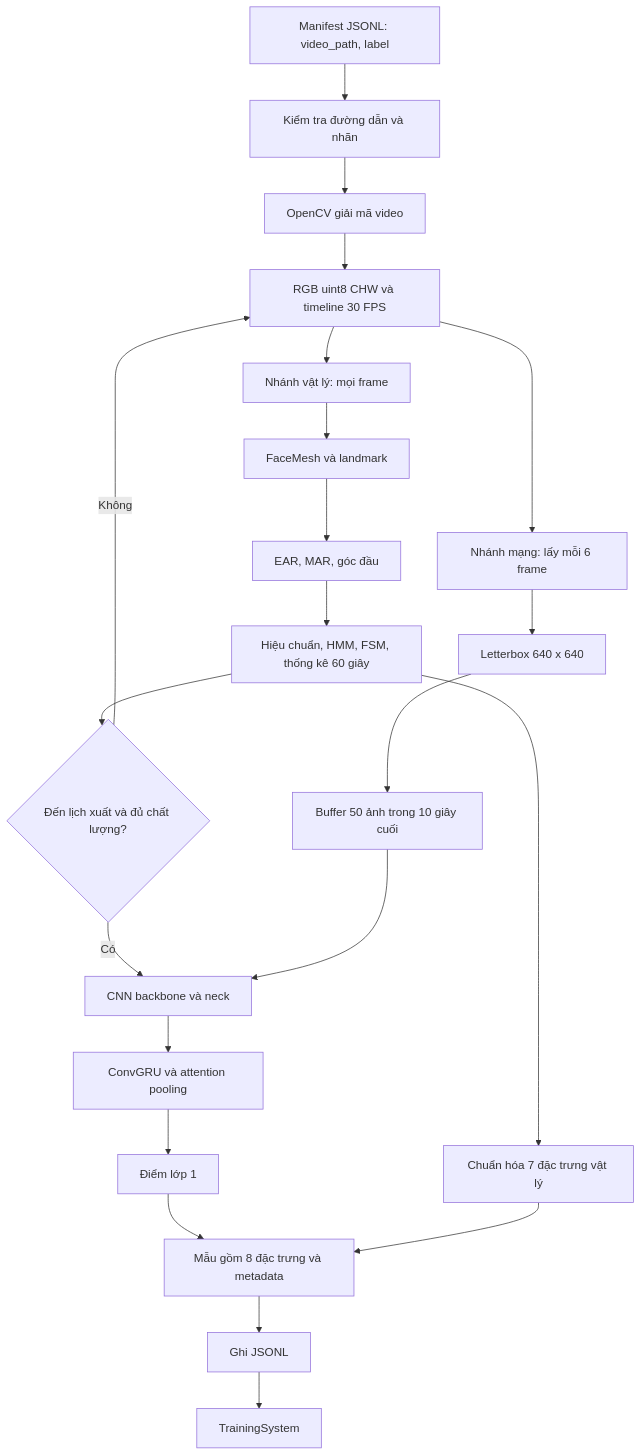
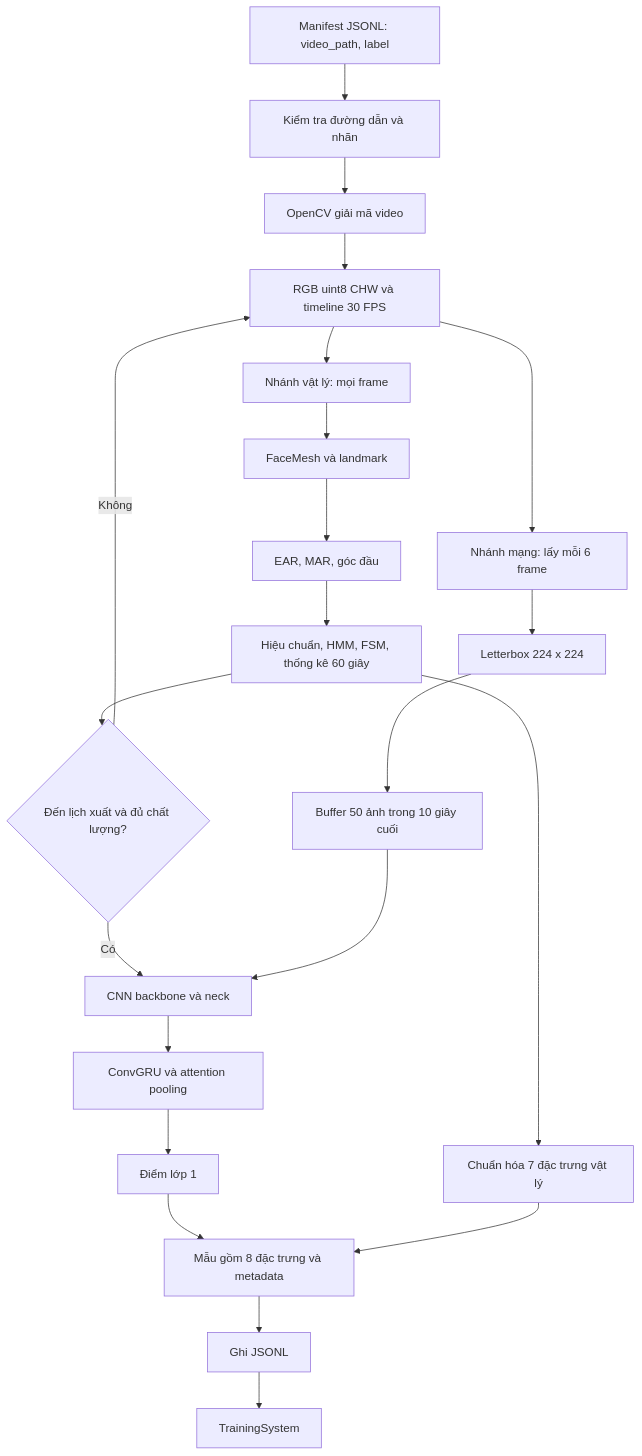
One commit to minh4bys2-non/driver-guardian changed the first of 7 diagrams in ai/OptimalAlgorithsm/DataSystem/README.md. Above: the diagram before and after it, drawn with Mermaid. The commit also changed other lines of this file and 5 other files, not shown here.

````diff
--- a/ai/OptimalAlgorithsm/DataSystem/README.md
+++ b/ai/OptimalAlgorithsm/DataSystem/README.md
@@ -30,24 +52,24 @@
 ```mermaid
 flowchart TD
     A[Manifest JSONL: video_path, label] --> B[Kiểm tra đường dẫn và nhãn]
     B --> C[OpenCV giải mã video]
     C --> D[RGB uint8 CHW và timeline 30 FPS]
     D --> E[Nhánh vật lý: mọi frame]
     D --> F[Nhánh mạng: lấy mỗi 6 frame]
     E --> G[FaceMesh và landmark]
     G --> H[EAR, MAR, góc đầu]
     H --> I[Hiệu chuẩn, HMM, FSM, thống kê 60 giây]
-    F --> J[Letterbox 640 x 640]
+    F --> J[Letterbox 224 x 224]
     J --> K[Buffer 50 ảnh trong 10 giây cuối]
     I --> L{Đến lịch xuất và đủ chất lượng?}
     L -->|Không| D
     L -->|Có| M[CNN backbone và neck]
     K --> M
     M --> N[ConvGRU và attention pooling]
     N --> O[Điểm lớp 1]
     I --> P[Chuẩn hóa 7 đặc trưng vật lý]
     O --> Q[Mẫu gồm 8 đặc trưng và metadata]
     P --> Q
     Q --> R[Ghi JSONL]
     R --> S[TrainingSystem]
 ```
````
